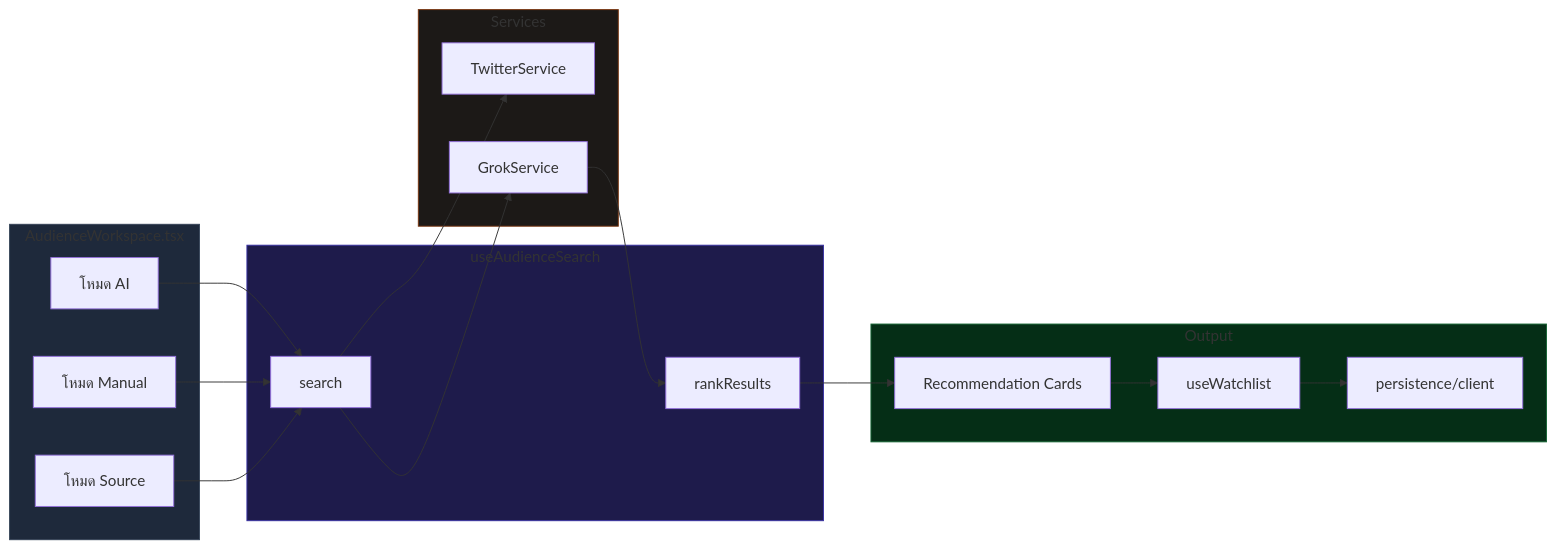
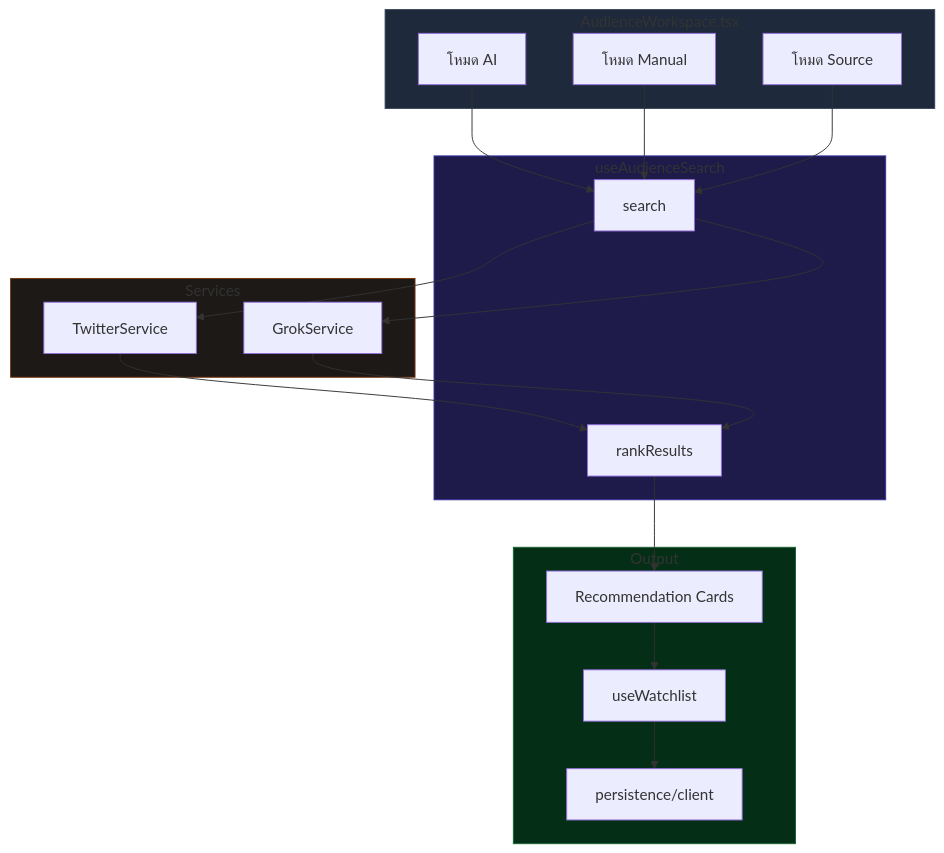
Before and after one commit to thefogusz/test: the diagram in docs/features/audience-workspace.md, drawn with Mermaid. The commit also changed 8 other files, not shown here.

Commit message:
Improve docs diagram readability and restore sidebar layout

````diff
--- a/docs/features/audience-workspace.md
+++ b/docs/features/audience-workspace.md
@@ -15,34 +15,40 @@
 ```mermaid
-flowchart LR
+flowchart TD
     subgraph WS["AudienceWorkspace.tsx"]
         AI[โหมด AI]
         MANUAL[โหมด Manual]
         RSS_M[โหมด Source]
     end
 
     subgraph Hook["useAudienceSearch"]
         SEARCH[search]
         RANK[rankResults]
     end
 
     subgraph Svcs["Services"]
         XSEARCH[TwitterService]
         GROK[GrokService]
     end
 
     subgraph Out["Output"]
         CARDS[Recommendation Cards]
         WATCHLIST[useWatchlist]
         PERSIST[persistence/client]
     end
 
-    AI & MANUAL & RSS_M --> SEARCH
-    SEARCH --> XSEARCH & GROK
-    GROK --> RANK --> CARDS
-    CARDS --> WATCHLIST --> PERSIST
+    AI --> SEARCH
+    MANUAL --> SEARCH
+    RSS_M --> SEARCH
+    SEARCH --> XSEARCH
+    SEARCH --> GROK
+    XSEARCH --> RANK
+    GROK --> RANK
+    RANK --> CARDS
+    CARDS --> WATCHLIST
+    WATCHLIST --> PERSIST
 
     style WS fill:#1e293b,stroke:#334155
     style Hook fill:#1e1b4b,stroke:#3730a3
     style Svcs fill:#1c1917,stroke:#78350f
     style Out fill:#052e16,stroke:#166534
 ```
````
